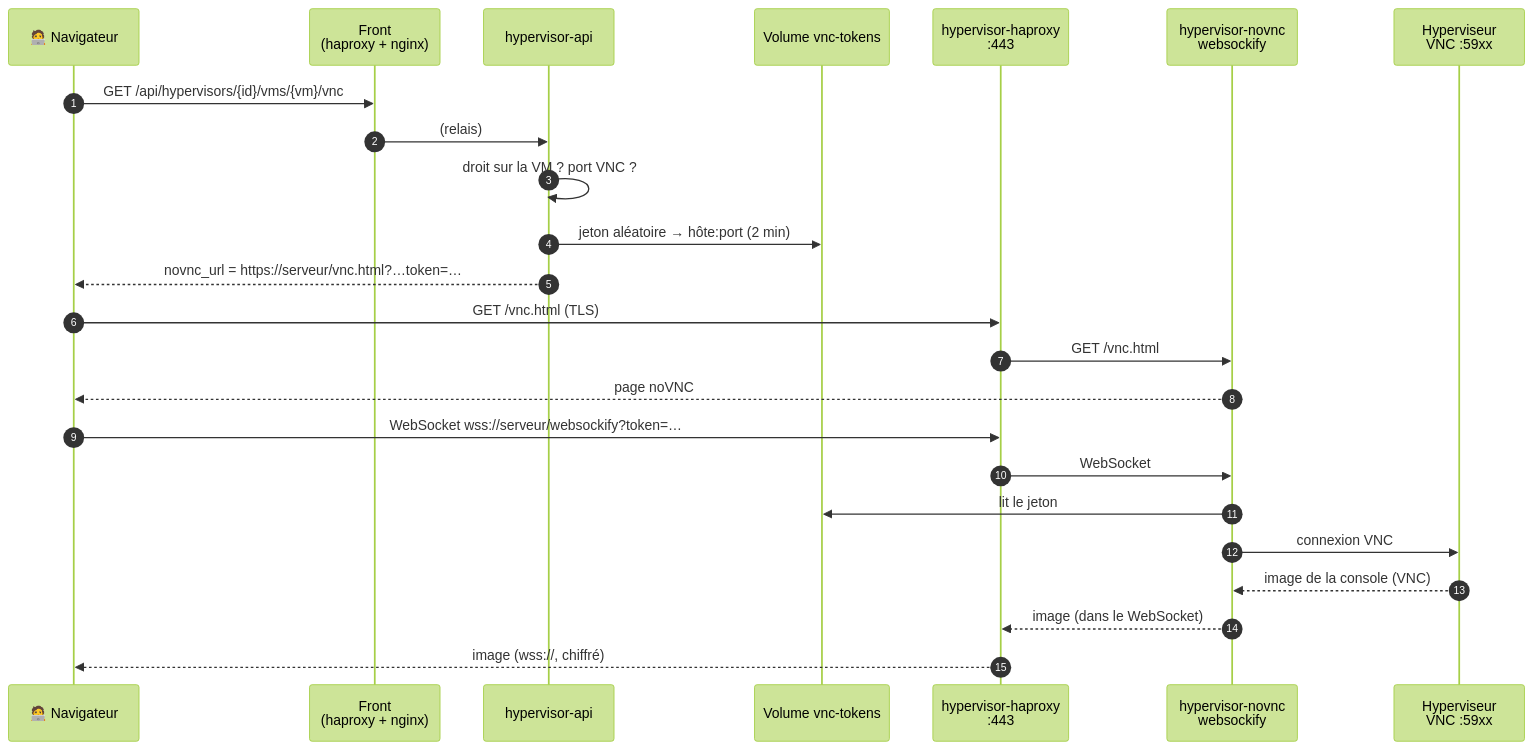
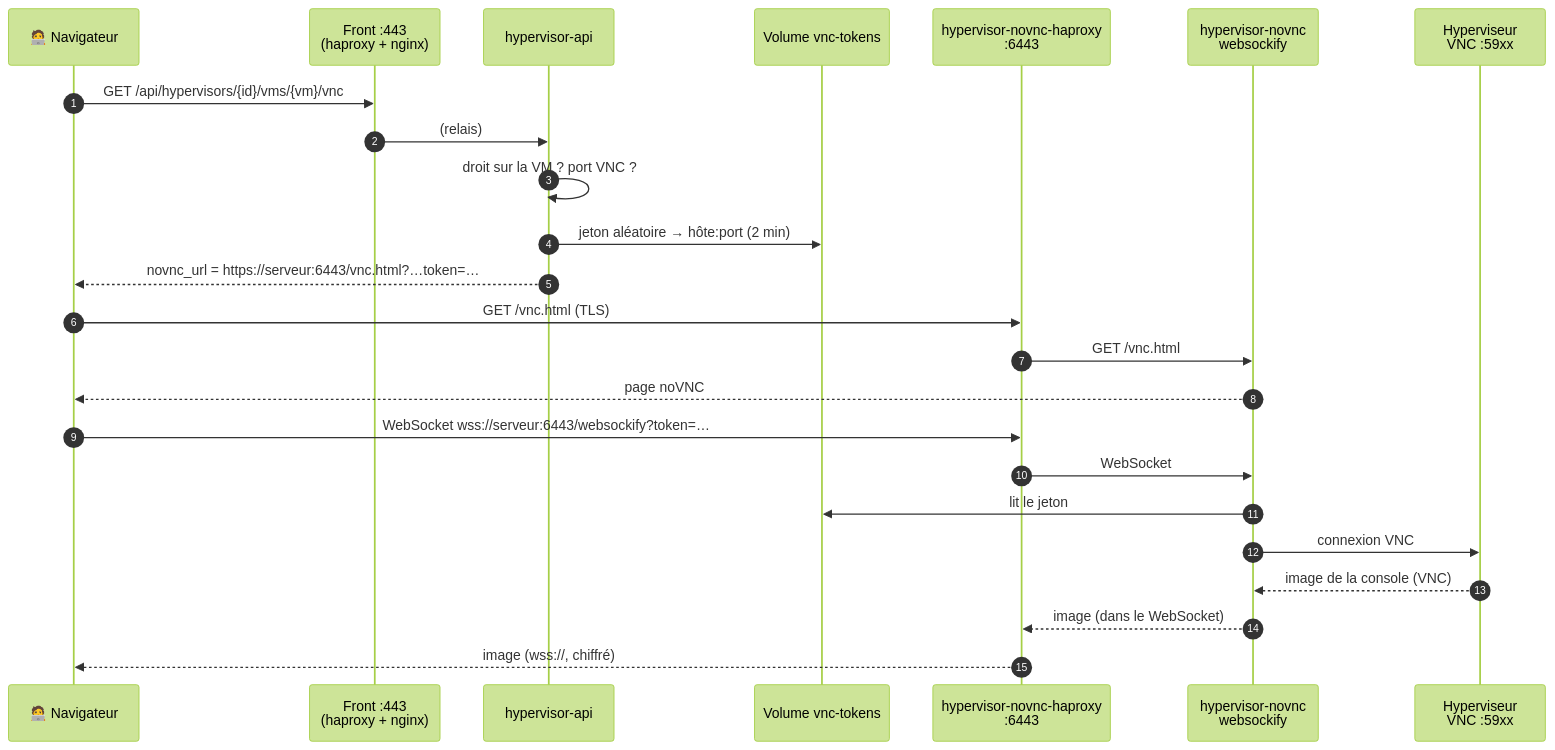
Before and after one commit to remialban/hypervisor-api: the third of 3 diagrams in docs/DOCKER.md, drawn with Mermaid (forest theme). The commit also changed other lines of this file and 9 other files, not shown here.

````diff
--- a/docs/DOCKER.md
+++ b/docs/DOCKER.md
@@ -207,27 +219,27 @@
 ```mermaid
 sequenceDiagram
     autonumber
     participant N as 🧑‍💻 Navigateur
-    participant F as Front<br/>(haproxy + nginx)
+    participant F as Front :443<br/>(haproxy + nginx)
     participant A as hypervisor-api
     participant V as Volume vnc-tokens
-    participant P as hypervisor-haproxy<br/>:443
+    participant P as hypervisor-novnc-haproxy<br/>:6443
     participant W as hypervisor-novnc<br/>websockify
     participant K as Hyperviseur<br/>VNC :59xx
 
     N->>F: GET /api/hypervisors/{id}/vms/{vm}/vnc
     F->>A: (relais)
     A->>A: droit sur la VM ? port VNC ?
     A->>V: jeton aléatoire → hôte:port (2 min)
-    A-->>N: novnc_url = https://serveur/vnc.html?…token=…
+    A-->>N: novnc_url = https://serveur:6443/vnc.html?…token=…
     N->>P: GET /vnc.html (TLS)
     P->>W: GET /vnc.html
     W-->>N: page noVNC
-    N->>P: WebSocket wss://serveur/websockify?token=…
+    N->>P: WebSocket wss://serveur:6443/websockify?token=…
     P->>W: WebSocket
     W->>V: lit le jeton
     W->>K: connexion VNC
     K-->>W: image de la console (VNC)
     W-->>P: image (dans le WebSocket)
     P-->>N: image (wss://, chiffré)
 ```
````
